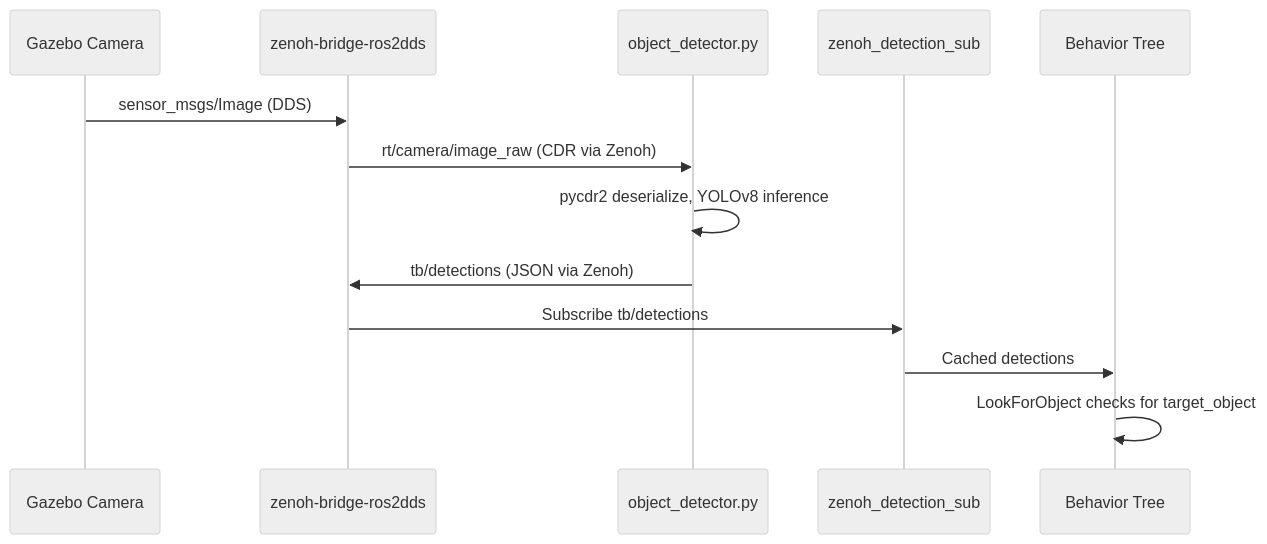
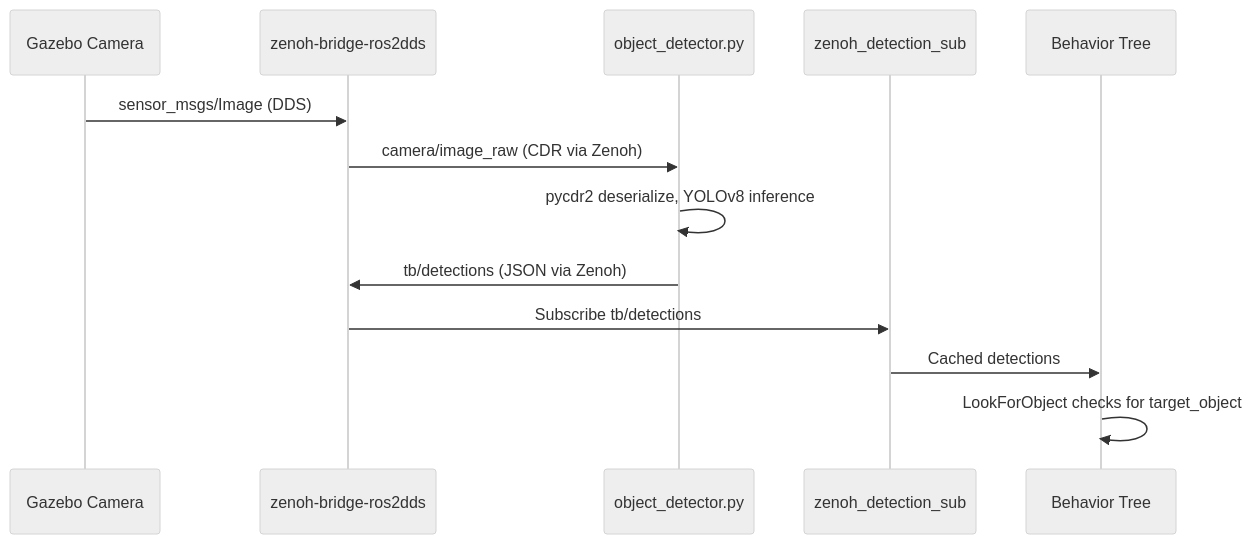
Before and after one commit to pantelis/turtlebot-maze: the third of 3 diagrams in README.md, drawn with Mermaid (neutral theme). The commit also changed other lines of this file and 10 other files, not shown here.

````diff
--- a/README.md
+++ b/README.md
@@ -354,16 +387,16 @@
 ```mermaid
 sequenceDiagram
     participant G as Gazebo Camera
     participant B as zenoh-bridge-ros2dds
     participant D as object_detector.py
     participant S as zenoh_detection_sub
     participant BT as Behavior Tree
 
     G->>B: sensor_msgs/Image (DDS)
-    B->>D: rt/camera/image_raw (CDR via Zenoh)
+    B->>D: camera/image_raw (CDR via Zenoh)
     D->>D: pycdr2 deserialize, YOLOv8 inference
     D->>B: tb/detections (JSON via Zenoh)
     B->>S: Subscribe tb/detections
     S->>BT: Cached detections
     BT->>BT: LookForObject checks for target_object
 ```
````
